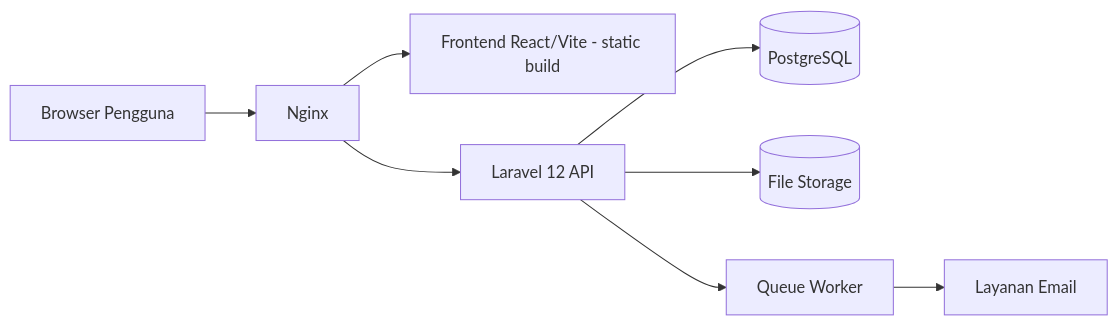
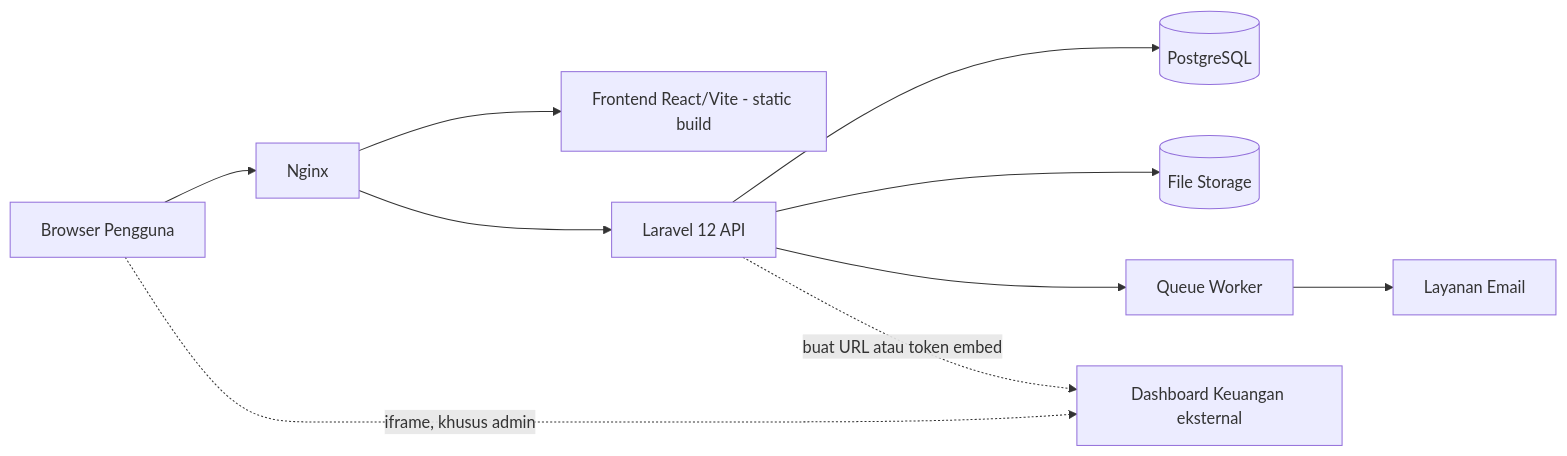
One commit to muhnazli6804-boop/companyprofile changed the fourth of 5 diagrams in docs/PRD-Website-Yayasan-Padindi.md. Above: the diagram before and after it, drawn with Mermaid. The commit also changed other lines of this file and 4 other files, not shown here.

````diff
--- a/docs/PRD-Website-Yayasan-Padindi.md
+++ b/docs/PRD-Website-Yayasan-Padindi.md
@@ -343,10 +403,12 @@
 ```mermaid
 flowchart LR
     U[Browser Pengguna] --> N[Nginx]
     N --> FE[Frontend React/Vite - static build]
     N --> API[Laravel 12 API]
     API --> DB[(PostgreSQL)]
     API --> FS[(File Storage)]
     API --> Q[Queue Worker]
     Q --> M[Layanan Email]
+    U -.->|iframe, khusus admin| BI[Dashboard Keuangan eksternal]
+    API -.->|buat URL atau token embed| BI
 ```
````
